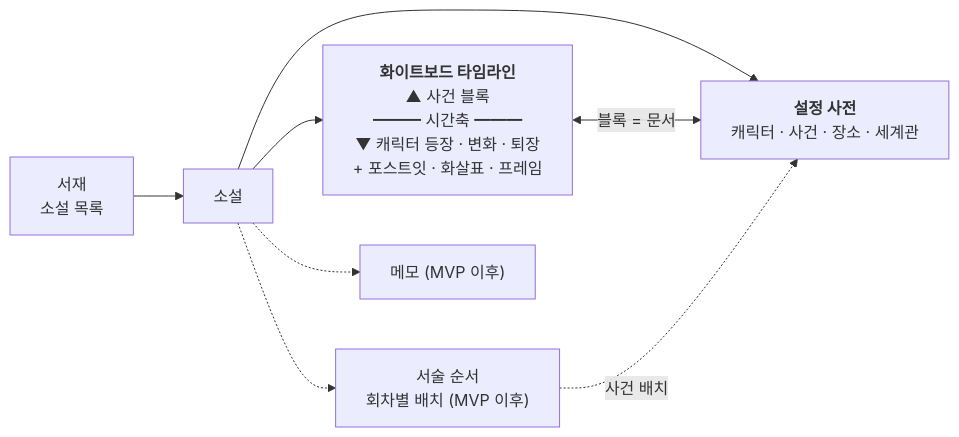
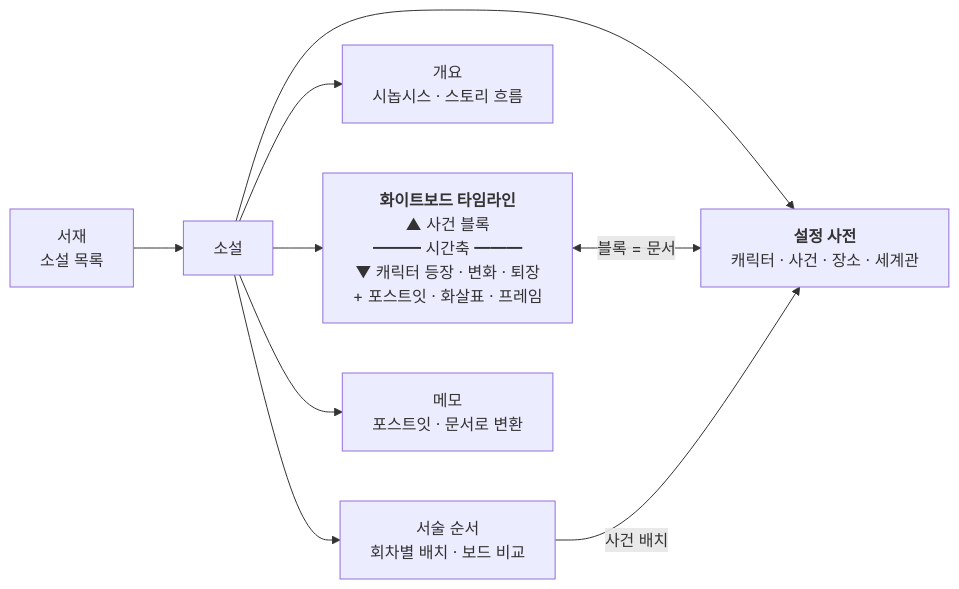
The diagram in README.md (kty2001/NovelStory), drawn with Mermaid before and after one commit. The commit also changed other lines of this file and 11 other files, not shown here.

````diff
--- a/README.md
+++ b/README.md
@@ -8,11 +8,12 @@
 ```mermaid
 %%{init: {"flowchart": {"wrappingWidth": 320}}}%%
 flowchart LR
     LIB["서재<br/>소설 목록"] --> NOVEL["소설"]
     NOVEL --> BOARD["<b>화이트보드 타임라인</b><br/>▲ 사건 블록<br/>━━━ 시간축 ━━━<br/>▼ 캐릭터 등장 · 변화 · 퇴장<br/>+ 포스트잇 · 화살표 · 프레임"]
     NOVEL --> WIKI["<b>설정 사전</b><br/>캐릭터 · 사건 · 장소 · 세계관"]
     BOARD <-->|"블록 = 문서"| WIKI
-    NOVEL -.-> NARR["서술 순서<br/>회차별 배치 (MVP 이후)"]
-    NOVEL -.-> MEMO["메모 (MVP 이후)"]
-    NARR -.->|"사건 배치"| WIKI
+    NOVEL --> OVERVIEW["개요<br/>시놉시스 · 스토리 흐름"]
+    NOVEL --> NARR["서술 순서<br/>회차별 배치 · 보드 비교"]
+    NOVEL --> MEMO["메모<br/>포스트잇 · 문서로 변환"]
+    NARR -->|"사건 배치"| WIKI
 ```
````
